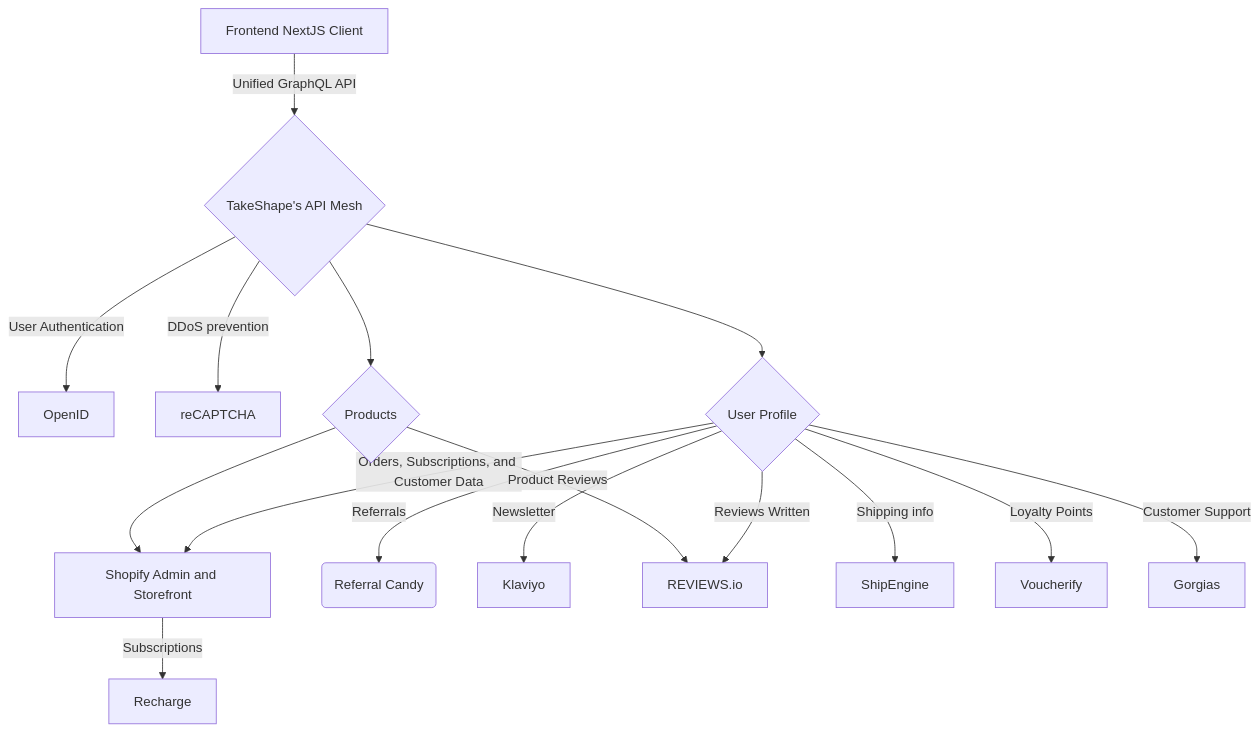
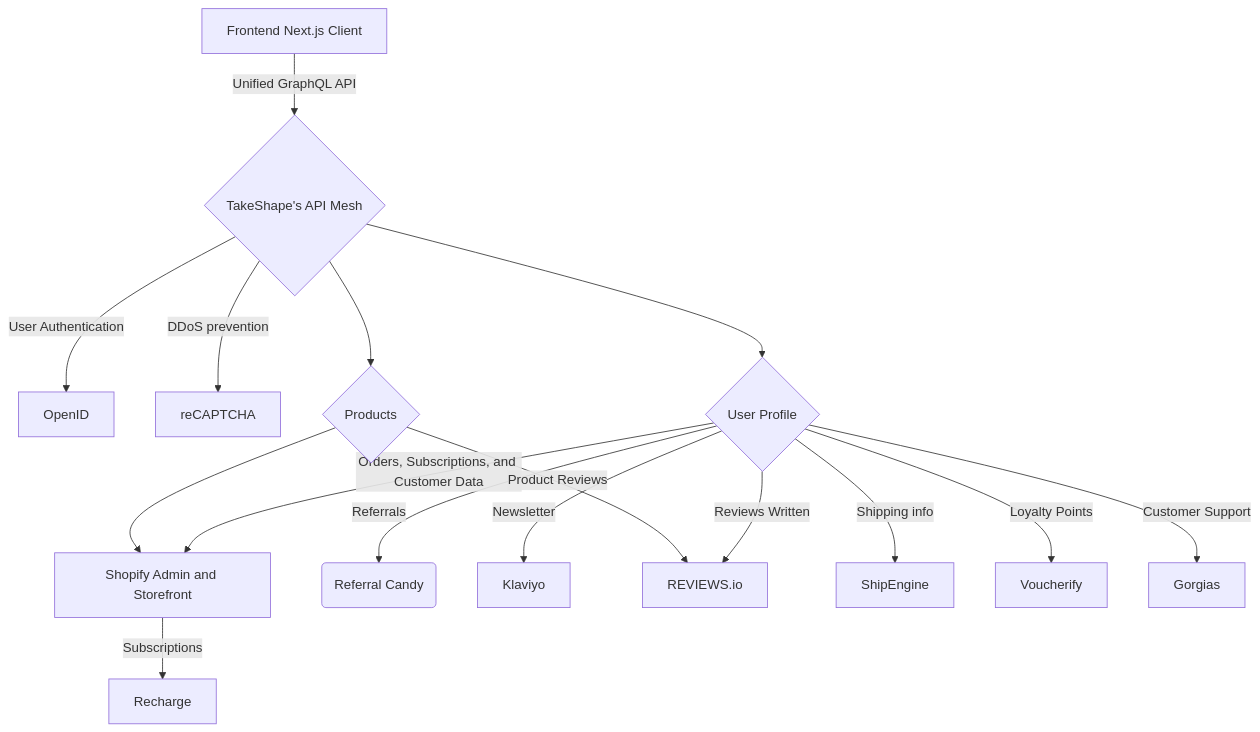
One commit to takeshape/penny changed the diagram in README.md. Above: the diagram before and after it, drawn with Mermaid. The commit also changed other lines of this file, not shown here.

````diff
--- a/README.md
+++ b/README.md
@@ -24,18 +49,18 @@
 ```mermaid
 graph TD
-    A[Frontend NextJS Client] --> |Unified GraphQL API| Mesh{TakeShape's API Mesh}
+    A[Frontend Next.js Client] --> |Unified GraphQL API| Mesh{TakeShape's API Mesh}
     Mesh --> |User Authentication| OpenID
     Mesh --> |DDoS prevention| reCAPTCHA
     Mesh --> P{Products}
     P --> Shopify[Shopify Admin and Storefront]
     Mesh --> UP{User Profile}
     UP --> |Referrals| RC(Referral Candy)
     UP --> |Orders, Subscriptions, and Customer Data| Shopify
     UP --> |Newsletter| Klaviyo
     P --> |Product Reviews| REVIEWS.io
     UP --> |Reviews Written| REVIEWS.io
     UP --> |Shipping info| ShipEngine
     UP --> |Loyalty Points| Voucherify
     UP --> |Customer Support| Gorgias
     Shopify --> |Subscriptions| Recharge
 ```
````
